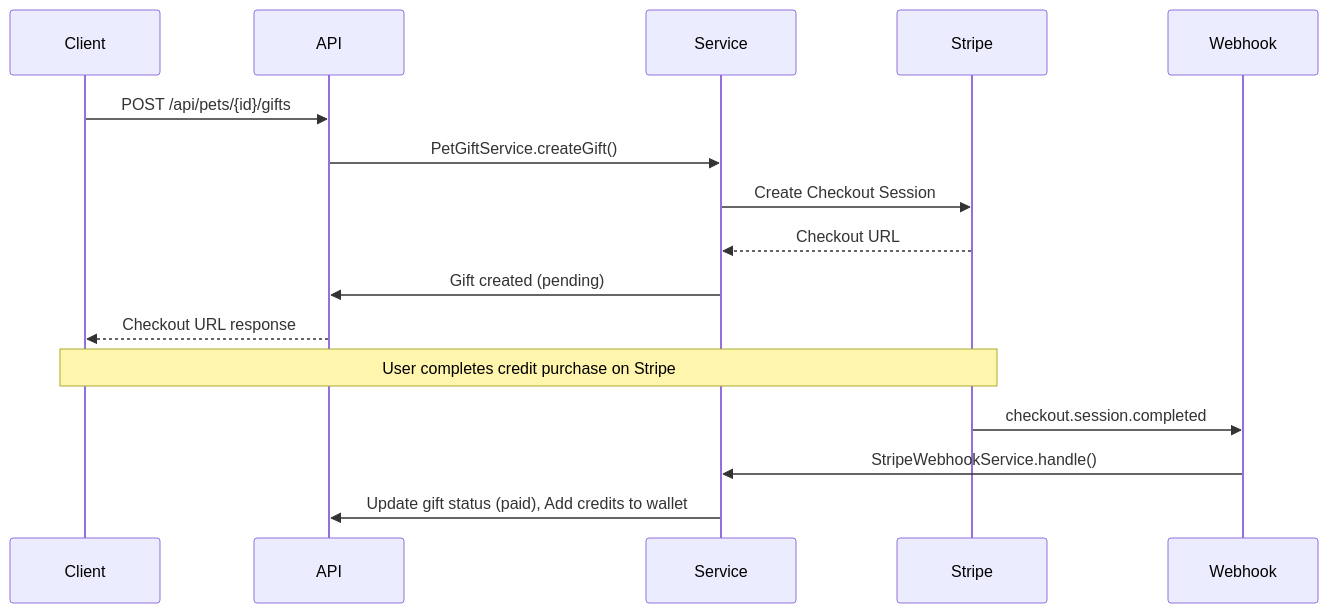
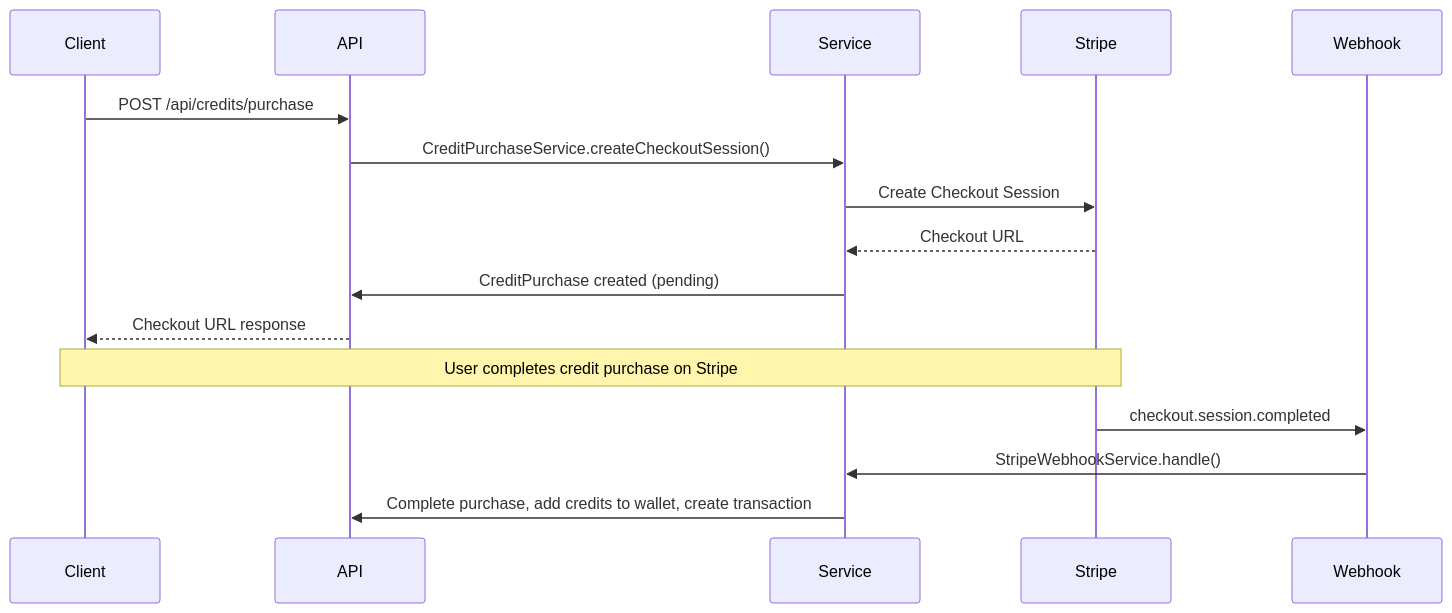
The second of 5 diagrams in docs/architecture.md (slightlyprivate/petcare-companion), drawn with Mermaid before and after one commit. The commit also changed other lines of this file and 2 other files, not shown here.

Commit message:
feat: update payment integration to use Stripe Checkout for credit purchases and enhance documentation

````diff
--- a/docs/architecture.md
+++ b/docs/architecture.md
@@ -184,21 +187,21 @@
 ```mermaid
 sequenceDiagram
     participant Client
     participant API
     participant Service
     participant Stripe
     participant Webhook
 
-    Client->>API: POST /api/pets/{id}/gifts
-    API->>Service: PetGiftService.createGift()
+    Client->>API: POST /api/credits/purchase
+    API->>Service: CreditPurchaseService.createCheckoutSession()
     Service->>Stripe: Create Checkout Session
     Stripe-->>Service: Checkout URL
-    Service->>API: Gift created (pending)
+    Service->>API: CreditPurchase created (pending)
     API-->>Client: Checkout URL response
 
     Note over Client,Stripe: User completes credit purchase on Stripe
 
     Stripe->>Webhook: checkout.session.completed
     Webhook->>Service: StripeWebhookService.handle()
-    Service->>API: Update gift status (paid), Add credits to wallet
+    Service->>API: Complete purchase, add credits to wallet, create transaction
 ```
````
